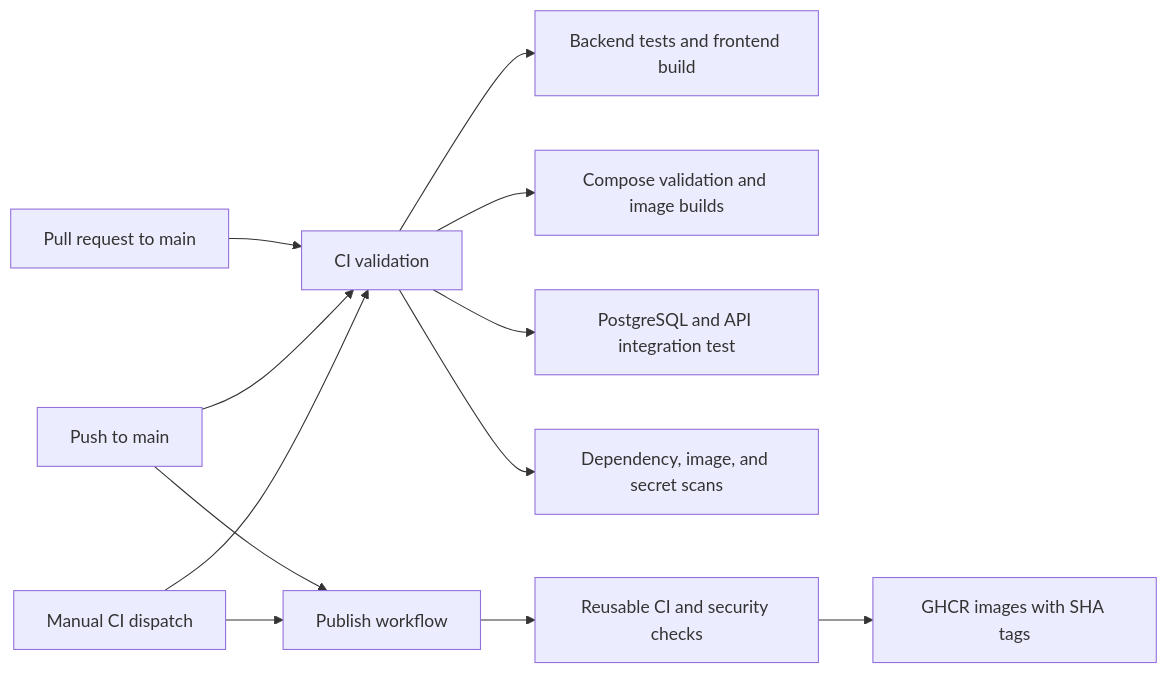
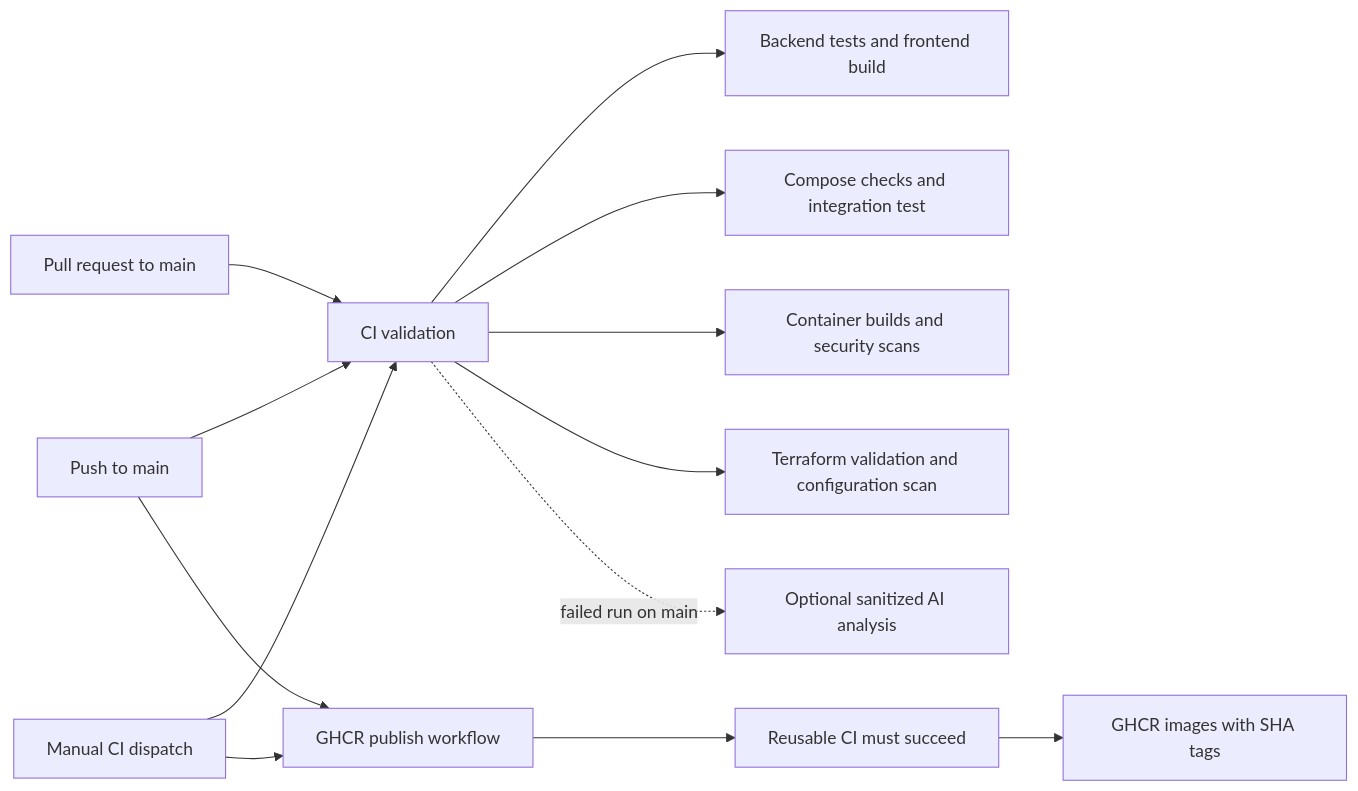
The second of 2 diagrams in README.md (Raj-spy/Idea-board), drawn with Mermaid before and after one commit. The commit also changed other lines of this file and 26 other files, not shown here.

Commit message:
Add AWS Terraform infrastructure and AI CI failure analysis

````diff
--- a/README.md
+++ b/README.md
@@ -174,14 +262,15 @@
 ```mermaid
 flowchart LR
   PR[Pull request to main] --> CI[CI validation]
   Push[Push to main] --> CI
   Manual[Manual CI dispatch] --> CI
-  CI --> Tests[Backend tests and frontend build]
-  CI --> Compose[Compose validation and image builds]
-  CI --> Integration[PostgreSQL and API integration test]
-  CI --> Security[Dependency, image, and secret scans]
-  Push --> Publish[Publish workflow]
+  CI --> App[Backend tests and frontend build]
+  CI --> Compose[Compose checks and integration test]
+  CI --> Images[Container builds and security scans]
+  CI --> Infra[Terraform validation and configuration scan]
+  Push --> Publish[GHCR publish workflow]
   Manual --> Publish
-  Publish --> Gate[Reusable CI and security checks]
+  Publish --> Gate[Reusable CI must succeed]
   Gate --> GHCR[GHCR images with SHA tags]
+  CI -. failed run on main .-> AI[Optional sanitized AI analysis]
 ```
````
